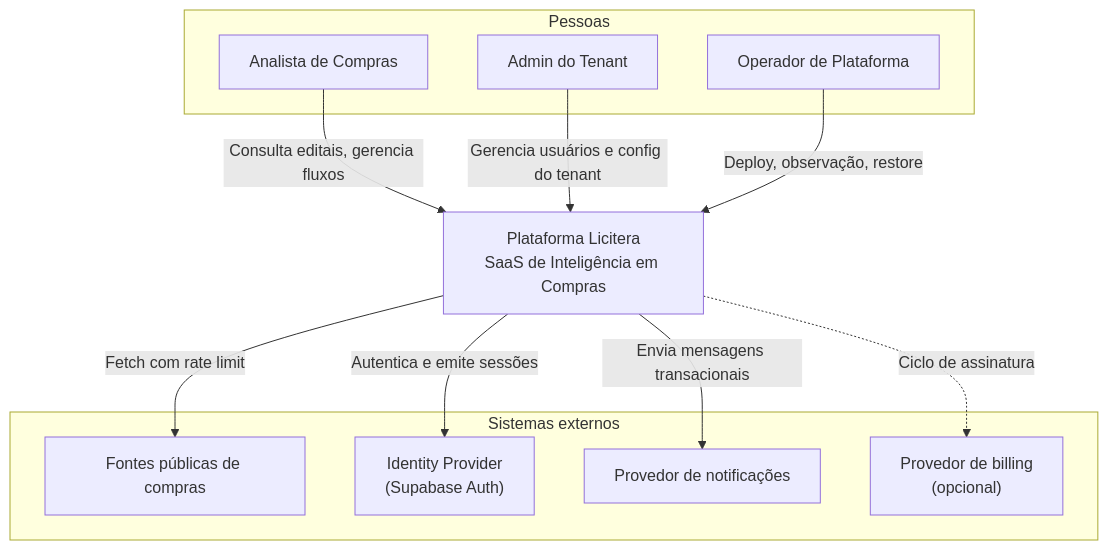
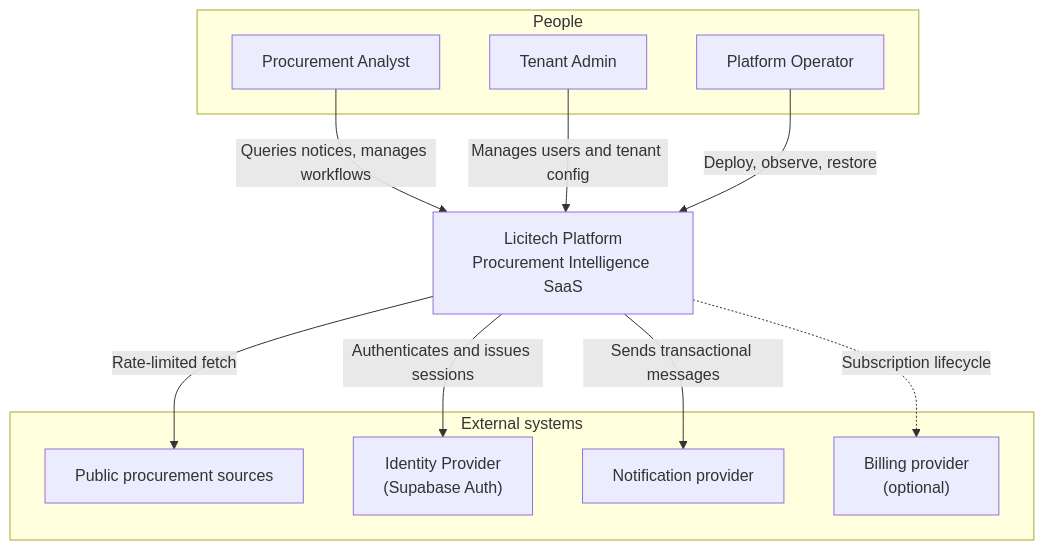
Before and after one commit to alissonf216/licitech-architecture-showcase: the diagram in docs/C4/CONTEXT.md, drawn with Mermaid. The commit also changed other lines of this file and 36 other files, not shown here.

First line of the commit message:
Add Licitech architecture portfolio (EN + PT-BR)

````diff
--- a/docs/C4/CONTEXT.md
+++ b/docs/C4/CONTEXT.md
@@ -15,26 +17,26 @@
 ```mermaid
 flowchart TB
-    subgraph People["Pessoas"]
-        ANALYST["Analista de Compras"]
-        ADMIN["Admin do Tenant"]
-        OPS["Operador de Plataforma"]
+    subgraph People["People"]
+        ANALYST["Procurement Analyst"]
+        ADMIN["Tenant Admin"]
+        OPS["Platform Operator"]
     end
 
-    LIC["Plataforma Licitera<br/>SaaS de Inteligência em Compras"]
+    LIC["Licitech Platform<br/>Procurement Intelligence SaaS"]
 
-    subgraph External["Sistemas externos"]
-        SRC["Fontes públicas de compras"]
+    subgraph External["External systems"]
+        SRC["Public procurement sources"]
         IDP["Identity Provider<br/>(Supabase Auth)"]
-        MAIL["Provedor de notificações"]
-        PAY["Provedor de billing<br/>(opcional)"]
+        MAIL["Notification provider"]
+        PAY["Billing provider<br/>(optional)"]
     end
 
-    ANALYST -->|"Consulta editais, gerencia fluxos"| LIC
-    ADMIN -->|"Gerencia usuários e config do tenant"| LIC
-    OPS -->|"Deploy, observação, restore"| LIC
+    ANALYST -->|"Queries notices, manages workflows"| LIC
+    ADMIN -->|"Manages users and tenant config"| LIC
+    OPS -->|"Deploy, observe, restore"| LIC
 
-    LIC -->|"Fetch com rate limit"| SRC
-    LIC -->|"Autentica e emite sessões"| IDP
-    LIC -->|"Envia mensagens transacionais"| MAIL
-    LIC -.->|"Ciclo de assinatura"| PAY
+    LIC -->|"Rate-limited fetch"| SRC
+    LIC -->|"Authenticates and issues sessions"| IDP
+    LIC -->|"Sends transactional messages"| MAIL
+    LIC -.->|"Subscription lifecycle"| PAY
 ```
````
